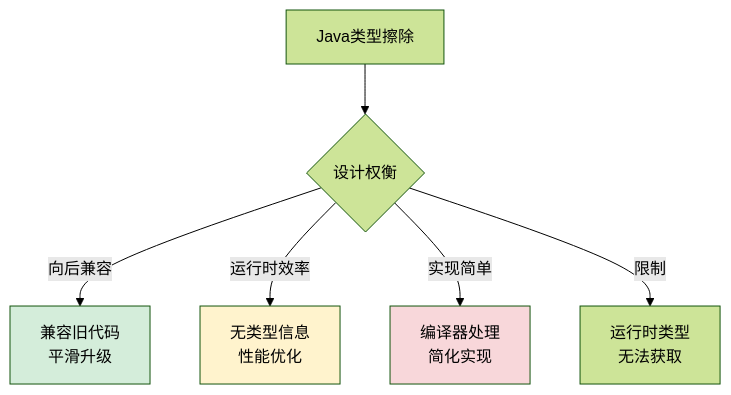
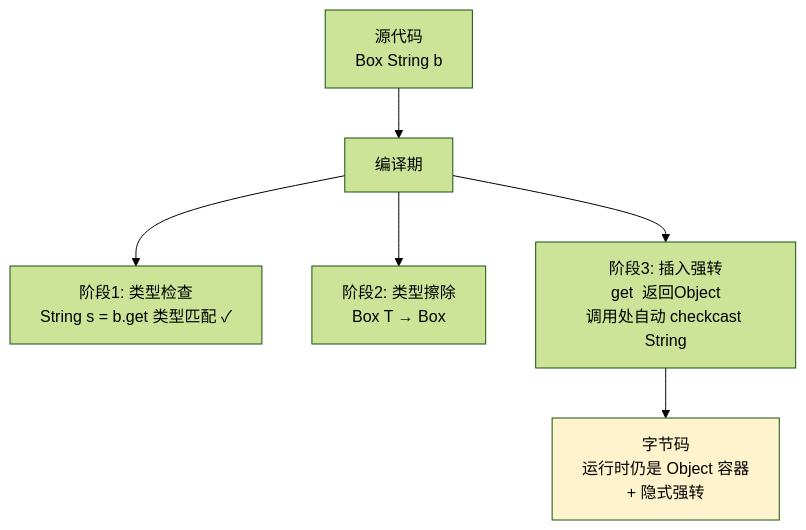
Before and after one commit to chongyang211/YCBookBlog: diagram 13 of 28 in 00.通用技术的提升/02.程序编程原理/04.泛型设计灵魂思想.md, drawn with Mermaid (forest theme). The commit also changed other lines of this file and 6 other files, not shown here.

````diff
--- a/00.通用技术的提升/02.程序编程原理/04.泛型设计灵魂思想.md
+++ b/00.通用技术的提升/02.程序编程原理/04.泛型设计灵魂思想.md
@@ -723,12 +1014,12 @@
 ```mermaid
-graph TB
-    A[Java类型擦除] --> B{设计权衡}
-    B -->|向后兼容| C[兼容旧代码<br/>平滑升级]
-    B -->|运行时效率| D[无类型信息<br/>性能优化]
-    B -->|实现简单| E[编译器处理<br/>简化实现]
-    B -->|限制| F[运行时类型<br/>无法获取]
+flowchart TD
+    A[源代码<br/>Box String b] --> B[编译期]
     
-    style C fill:#d4edda
-    style D fill:#fff3cd
-    style E fill:#f8d7da
+    B --> C[阶段1: 类型检查<br/>String s = b.get  类型匹配 ✓]
+    B --> D[阶段2: 类型擦除<br/>Box T  → Box]
+    B --> E[阶段3: 插入强转<br/>get  返回Object<br/>调用处自动 checkcast String]
+    
+    E --> F[字节码<br/>运行时仍是 Object 容器<br/>+ 隐式强转]
+
+    style F fill:#fff3cd
 ```
````
